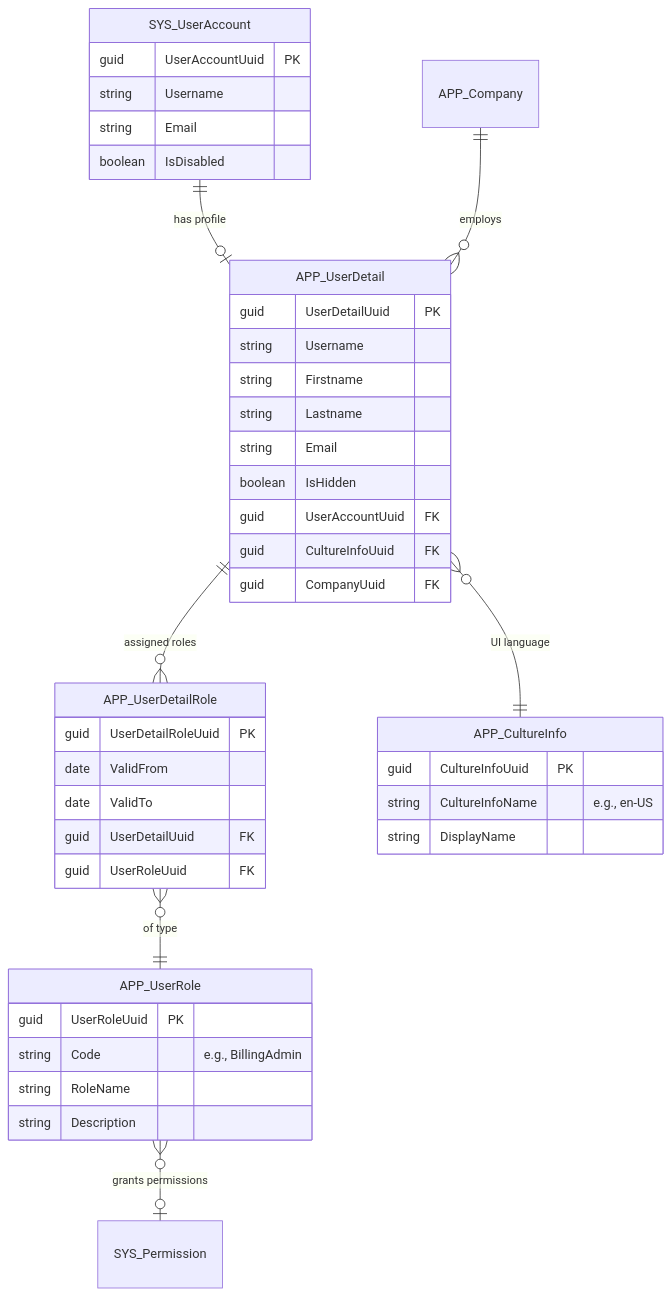
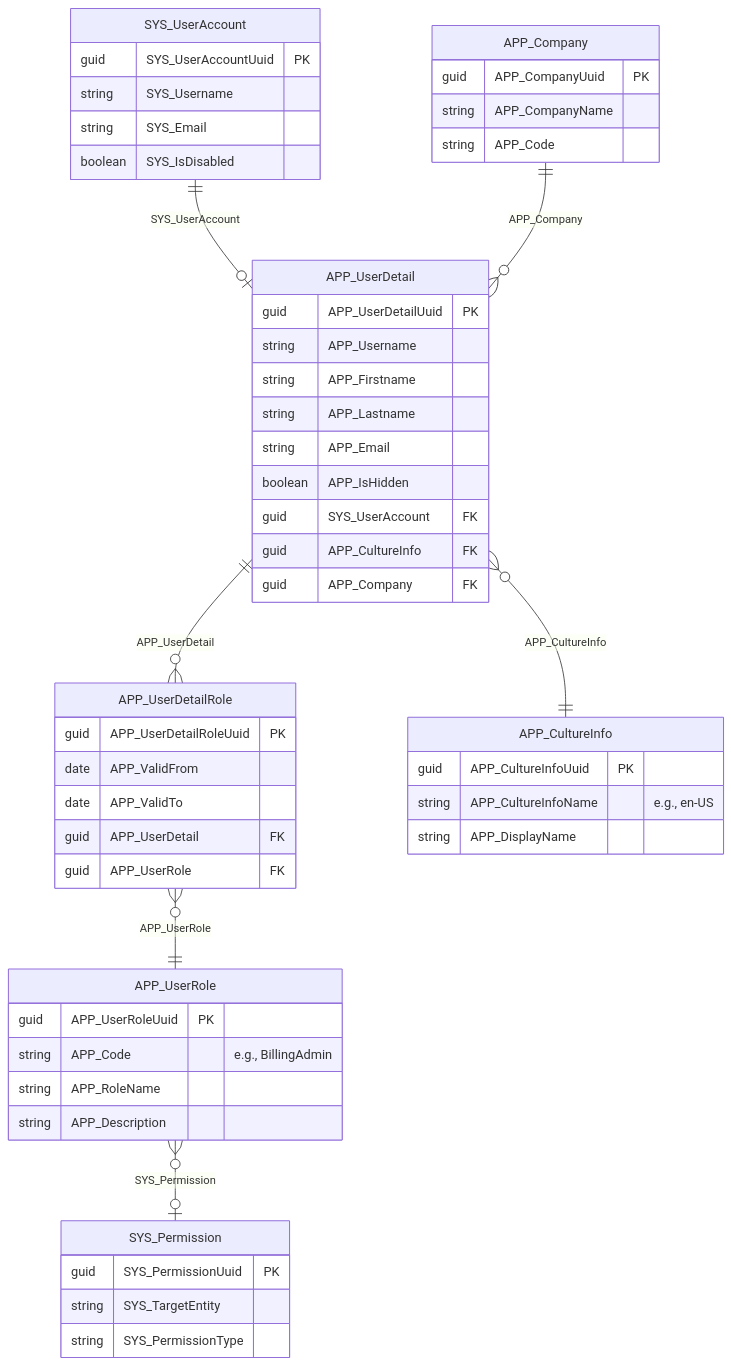
The third of 4 diagrams in doc/data-model/entity-relationships.md (software-architects/time-cockpit-documentation), drawn with Mermaid before and after one commit. The commit also changed other lines of this file and 1 other file, not shown here.

Commit message:
Update permissions guide to refine access types and clarify permission definitions

````diff
--- a/doc/data-model/entity-relationships.md
+++ b/doc/data-model/entity-relationships.md
@@ -230,49 +292,61 @@
 ```mermaid
 erDiagram
-    SYS_UserAccount ||--o| APP_UserDetail : "has profile"
-    APP_UserDetail ||--o{ APP_UserDetailRole : "assigned roles"
-    APP_UserDetailRole }o--|| APP_UserRole : "of type"
-    APP_UserRole }o--o| SYS_Permission : "grants permissions"
-    APP_UserDetail }o--|| APP_CultureInfo : "UI language"
-    APP_Company ||--o{ APP_UserDetail : "employs"
+    SYS_UserAccount ||--o| APP_UserDetail : "SYS_UserAccount"
+    APP_UserDetail ||--o{ APP_UserDetailRole : "APP_UserDetail"
+    APP_UserDetailRole }o--|| APP_UserRole : "APP_UserRole"
+    APP_UserRole }o--o| SYS_Permission : "SYS_Permission"
+    APP_UserDetail }o--|| APP_CultureInfo : "APP_CultureInfo"
+    APP_Company ||--o{ APP_UserDetail : "APP_Company"
     
     SYS_UserAccount {
-        guid UserAccountUuid PK
-        string Username
-        string Email
-        boolean IsDisabled
+        guid SYS_UserAccountUuid PK
+        string SYS_Username
+        string SYS_Email
+        boolean SYS_IsDisabled
     }
     
     APP_UserDetail {
-        guid UserDetailUuid PK
-        string Username
-        string Firstname
-        string Lastname
-        string Email
-        boolean IsHidden
-        guid UserAccountUuid FK
-        guid CultureInfoUuid FK
-        guid CompanyUuid FK
+        guid APP_UserDetailUuid PK
+        string APP_Username
+        string APP_Firstname
+        string APP_Lastname
+        string APP_Email
+        boolean APP_IsHidden
+        guid SYS_UserAccount FK
+        guid APP_CultureInfo FK
+        guid APP_Company FK
     }
     
     APP_UserDetailRole {
-        guid UserDetailRoleUuid PK
-        date ValidFrom
-        date ValidTo
-        guid UserDetailUuid FK
-        guid UserRoleUuid FK
+        guid APP_UserDetailRoleUuid PK
+        date APP_ValidFrom
+        date APP_ValidTo
+        guid APP_UserDetail FK
+        guid APP_UserRole FK
     }
     
     APP_UserRole {
-        guid UserRoleUuid PK
-        string Code "e.g., BillingAdmin"
-        string RoleName
-        string Description
+        guid APP_UserRoleUuid PK
+        string APP_Code "e.g., BillingAdmin"
+        string APP_RoleName
+        string APP_Description
     }
     
     APP_CultureInfo {
-        guid CultureInfoUuid PK
-        string CultureInfoName "e.g., en-US"
-        string DisplayName
+        guid APP_CultureInfoUuid PK
+        string APP_CultureInfoName "e.g., en-US"
+        string APP_DisplayName
+    }
+
+    APP_Company {
+        guid APP_CompanyUuid PK
+        string APP_CompanyName
+        string APP_Code
+    }
+
+    SYS_Permission {
+        guid SYS_PermissionUuid PK
+        string SYS_TargetEntity
+        string SYS_PermissionType
     }
 ```
````
